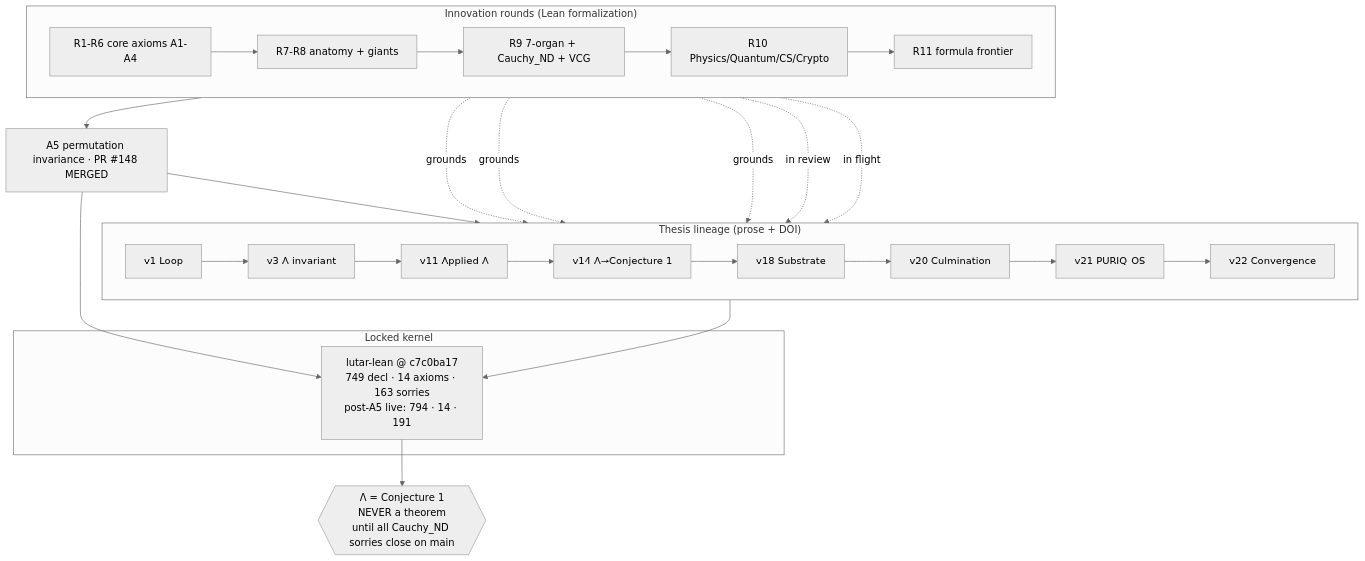
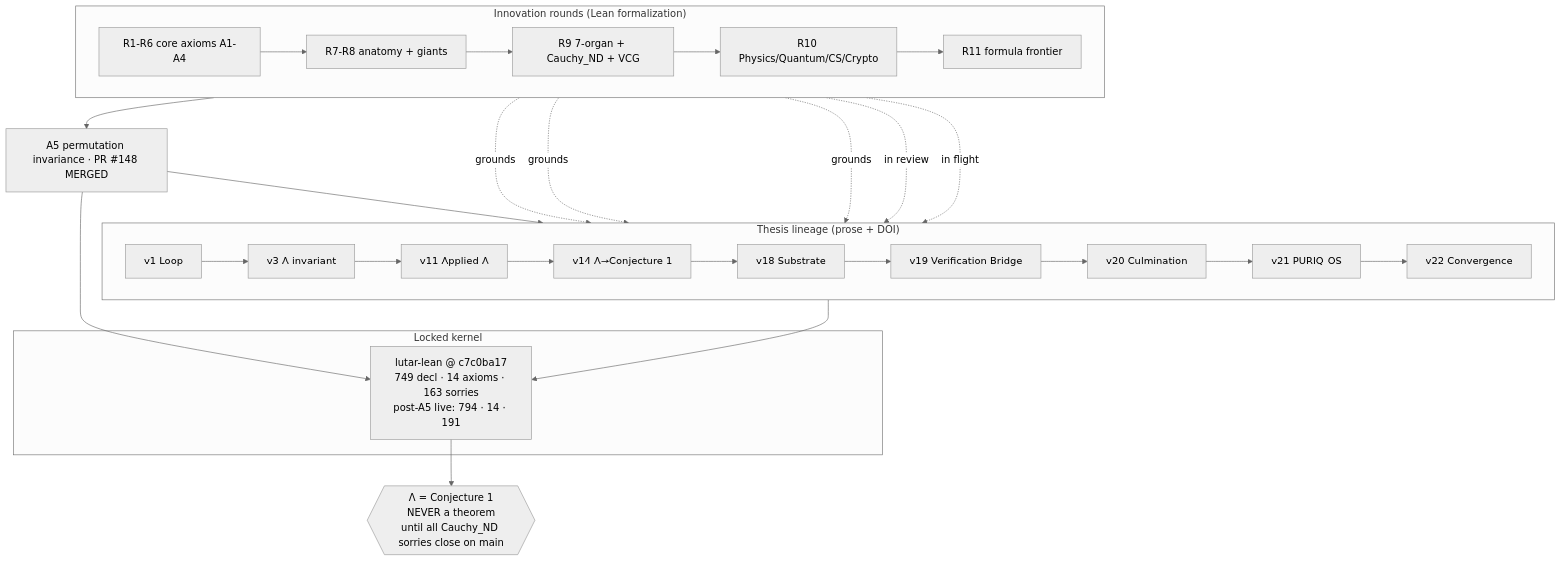
Before and after one commit to szl-holdings/szl-papers: the diagram in thesis/THESIS_LINEAGE.md, drawn with Mermaid (neutral theme). The commit also changed other lines of this file and 15 other files, not shown here.

````diff
--- a/thesis/THESIS_LINEAGE.md
+++ b/thesis/THESIS_LINEAGE.md
@@ -56,34 +58,34 @@
 ```mermaid
 flowchart TB
     subgraph THESIS["Thesis lineage (prose + DOI)"]
         direction LR
         v1[v1 Loop] --> v3[v3 Λ invariant] --> v11[v11 Applied Λ]
         v11 --> v14[v14 Λ→Conjecture 1] --> v18[v18 Substrate]
-        v18 --> v20[v20 Culmination] --> v21[v21 PURIQ-OS] --> v22[v22 Convergence]
+        v18 --> v19[v19 Verification Bridge] --> v20[v20 Culmination] --> v21[v21 PURIQ-OS] --> v22[v22 Convergence]
     end
 
     subgraph ROUNDS["Innovation rounds (Lean formalization)"]
         direction LR
         R1[R1-R6 core axioms A1-A4] --> R7[R7-R8 anatomy + giants]
         R7 --> R9[R9 7-organ + Cauchy_ND + VCG]
         R9 --> R10[R10 Physics/Quantum/CS/Crypto]
         R10 --> R11[R11 formula frontier]
     end
 
     R1 -.grounds.-> v14
     R7 -.grounds.-> v18
     R9 -.grounds.-> v21
     R9 --> A5[A5 permutation invariance · PR #148 MERGED]
     R10 -.in review.-> v22
     R11 -.in flight.-> v22
     A5 --> v22
 
     subgraph KERNEL["Locked kernel"]
         K[lutar-lean @ c7c0ba17<br/>749 decl · 14 axioms · 163 sorries<br/>post-A5 live: 794 · 14 · 191]
     end
     v22 --> K
     A5 --> K
 
     LAMBDA{{"Λ = Conjecture 1<br/>NEVER a theorem<br/>until all Cauchy_ND sorries close on main"}}
     K --> LAMBDA
 ```
````
